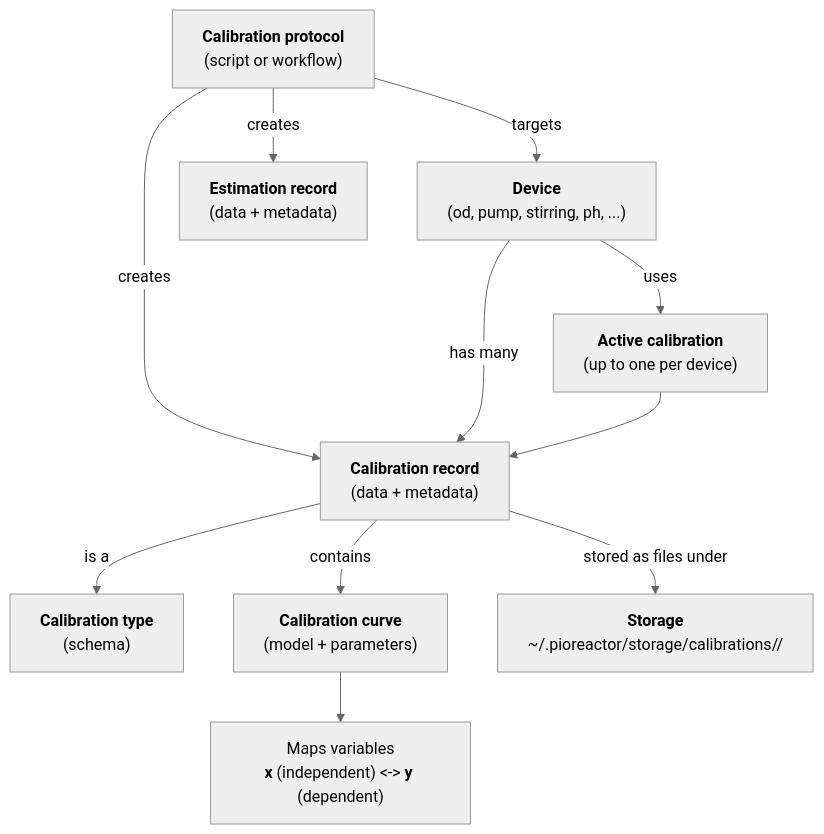
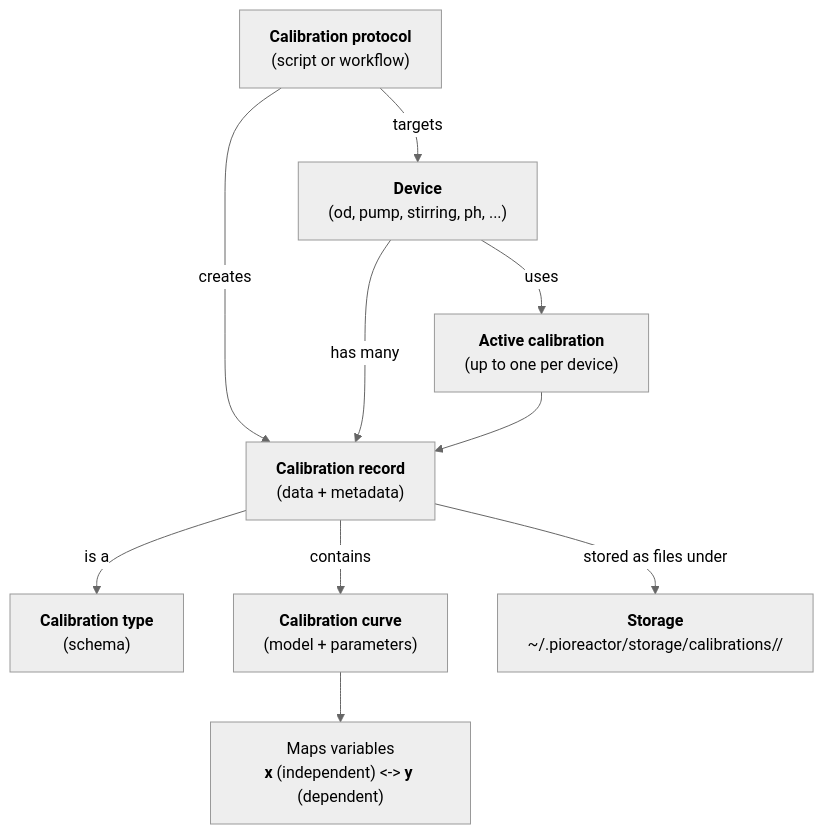
The diagram in developer-guide/25-Calibrations/01-Calibrations.md (Pioreactor/docs.pioreactor), drawn with Mermaid (neutral theme) before and after one commit. The commit also changed 3 other files, not shown here.

````diff
--- a/developer-guide/25-Calibrations/01-Calibrations.md
+++ b/developer-guide/25-Calibrations/01-Calibrations.md
@@ -17,13 +17,12 @@
 ```mermaid
 flowchart TD
     Protocol["<b>Calibration protocol</b><br/>(script or workflow)"] -->|targets| Device["<b>Device</b><br/>(od, pump, stirring, ph, ...)"]
     Protocol -->|creates| Calibration["<b>Calibration record</b><br/>(data + metadata)"]
-    Protocol -->|creates| Estimation["<b>Estimation record</b><br/>(data + metadata)"]
     Device -->|has many| Calibration
     Device -->|uses| Active["<b>Active calibration</b><br/>(up to one per device)"]
     Active --> Calibration
     Calibration -->|is a| CalType["<b>Calibration type</b><br/>(schema)"]
     Calibration -->|contains| Curve["<b>Calibration curve</b><br/>(model + parameters)"]
     Curve --> Variables["Maps variables<br/><b>x</b> (independent) <-> <b>y</b> (dependent)"]
     Calibration -->|stored as files under| Storage["<b>Storage</b><br/>~/.pioreactor/storage/calibrations/<device>/"]
 ```
````
